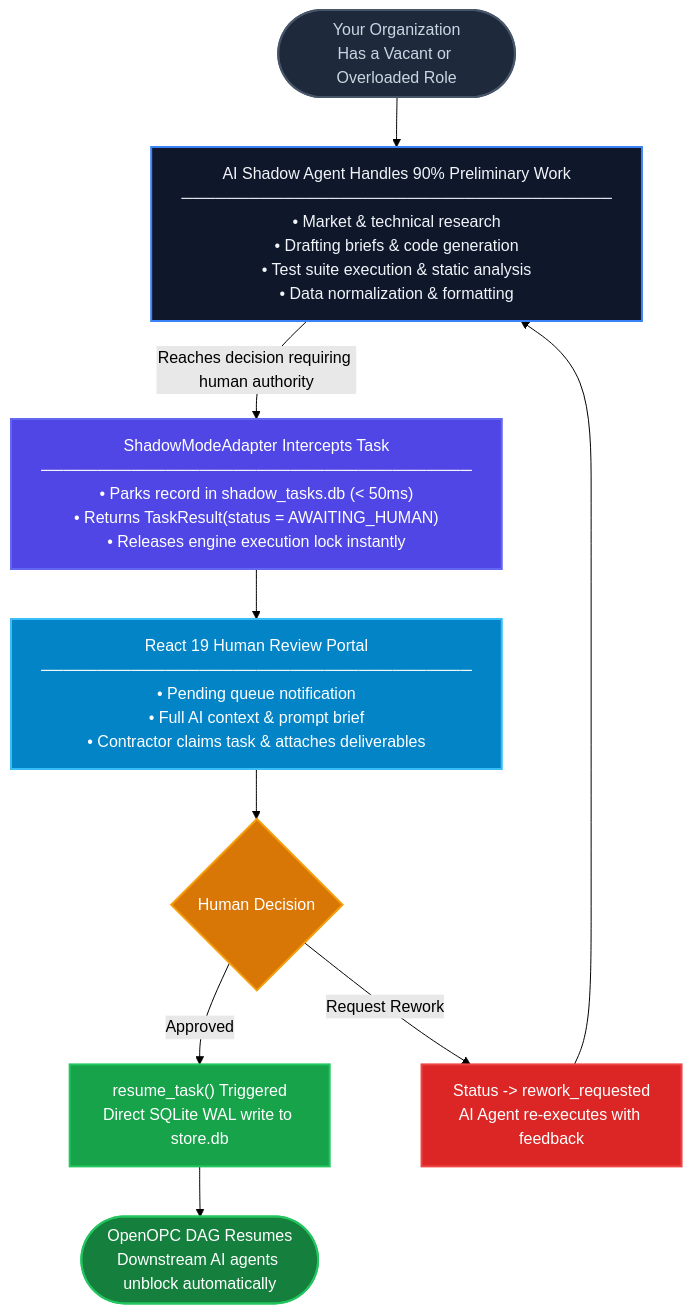
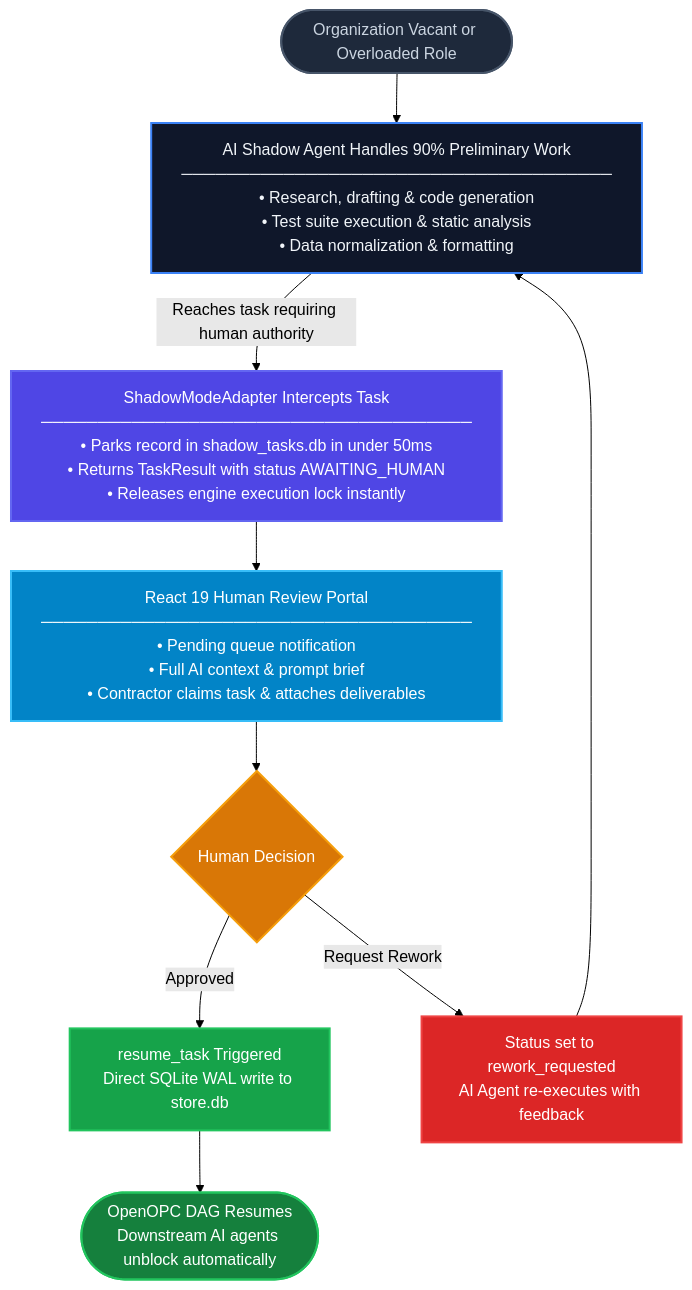
Before and after one commit to AhmadHassan-BTed/OpenOPC-Shadow-Adapter: the second of 6 diagrams in README.md, drawn with Mermaid (forest theme). The commit also changed other lines of this file, not shown here.

Commit message:
docs(readme): fix Mermaid parse error and elevate top hook using PAS marketing framework

````diff
--- a/README.md
+++ b/README.md
@@ -167,31 +166,31 @@
 ```mermaid
 flowchart TD
-    Start(["Your Organization\nHas a Vacant or Overloaded Role"])
+    Start(["Organization Vacant or Overloaded Role"])
 
     Start --> AI
-    AI["AI Shadow Agent Handles 90% Preliminary Work\n──────────────────────────────────────\n• Market & technical research\n• Drafting briefs & code generation\n• Test suite execution & static analysis\n• Data normalization & formatting"]
+    AI["AI Shadow Agent Handles 90% Preliminary Work\n──────────────────────────────────────\n• Research, drafting & code generation\n• Test suite execution & static analysis\n• Data normalization & formatting"]
 
-    AI -->|Reaches decision requiring human authority| Intercept
+    AI -->|Reaches task requiring human authority| Intercept
 
-    Intercept["ShadowModeAdapter Intercepts Task\n──────────────────────────────────────\n• Parks record in shadow_tasks.db (< 50ms)\n• Returns TaskResult(status = AWAITING_HUMAN)\n• Releases engine execution lock instantly"]
+    Intercept["ShadowModeAdapter Intercepts Task\n──────────────────────────────────────\n• Parks record in shadow_tasks.db in under 50ms\n• Returns TaskResult with status AWAITING_HUMAN\n• Releases engine execution lock instantly"]
 
     Intercept --> Queue
     Queue["React 19 Human Review Portal\n──────────────────────────────────────\n• Pending queue notification\n• Full AI context & prompt brief\n• Contractor claims task & attaches deliverables"]
 
     Queue --> Decision{Human Decision}
 
-    Decision -->|Approved| ResumePipeline["resume_task() Triggered\nDirect SQLite WAL write to store.db"]
-    Decision -->|Request Rework| ReworkPipeline["Status -> rework_requested\nAI Agent re-executes with feedback"]
+    Decision -->|Approved| ResumePipeline["resume_task Triggered\nDirect SQLite WAL write to store.db"]
+    Decision -->|Request Rework| ReworkPipeline["Status set to rework_requested\nAI Agent re-executes with feedback"]
     ReworkPipeline --> AI
 
     ResumePipeline --> Complete(["OpenOPC DAG Resumes\nDownstream AI agents unblock automatically"])
 
     style Start fill:#1e293b,color:#cbd5e1,stroke:#475569,stroke-width:2px
     style AI fill:#0f172a,color:#f1f5f9,stroke:#3b82f6,stroke-width:2px
     style Intercept fill:#4f46e5,color:#ffffff,stroke:#6366f1,stroke-width:2px
     style Queue fill:#0284c7,color:#ffffff,stroke:#38bdf8,stroke-width:2px
     style Decision fill:#d97706,color:#ffffff,stroke:#f59e0b,stroke-width:2px
     style ResumePipeline fill:#16a34a,color:#ffffff,stroke:#22c55e,stroke-width:2px
     style ReworkPipeline fill:#dc2626,color:#ffffff,stroke:#ef4444,stroke-width:2px
     style Complete fill:#15803d,color:#ffffff,stroke:#22c55e,stroke-width:2px
 ```
````
